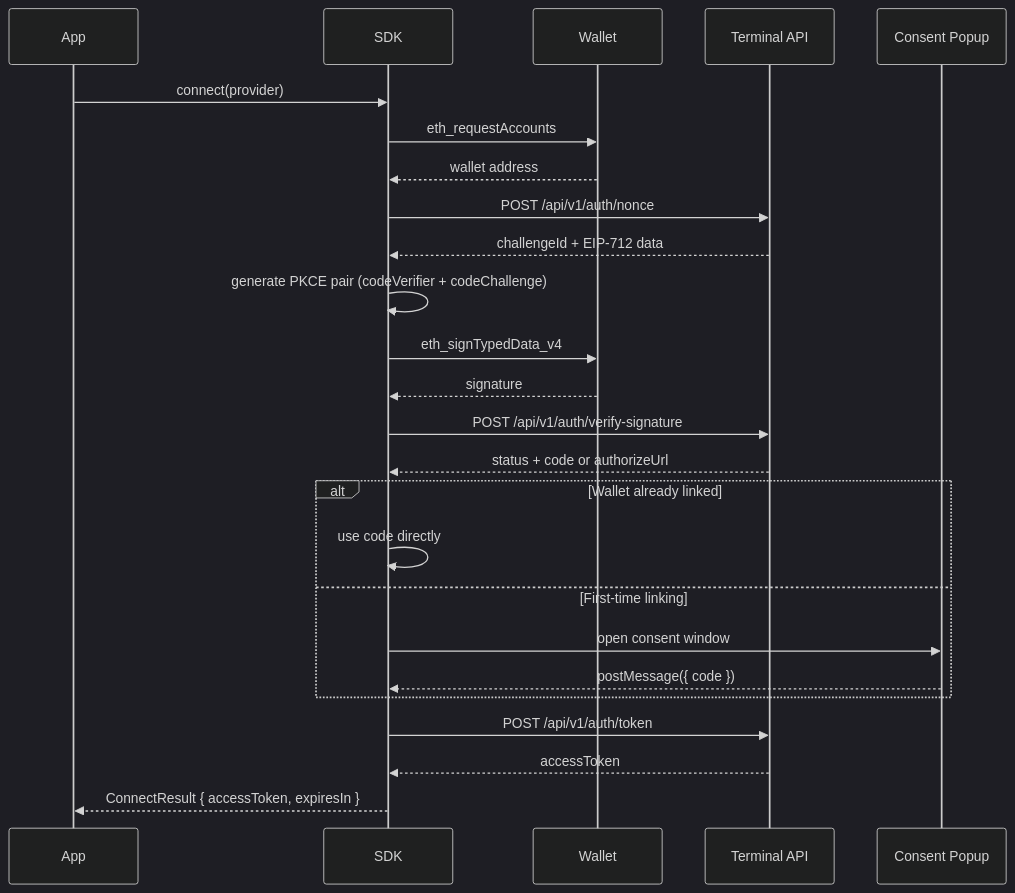
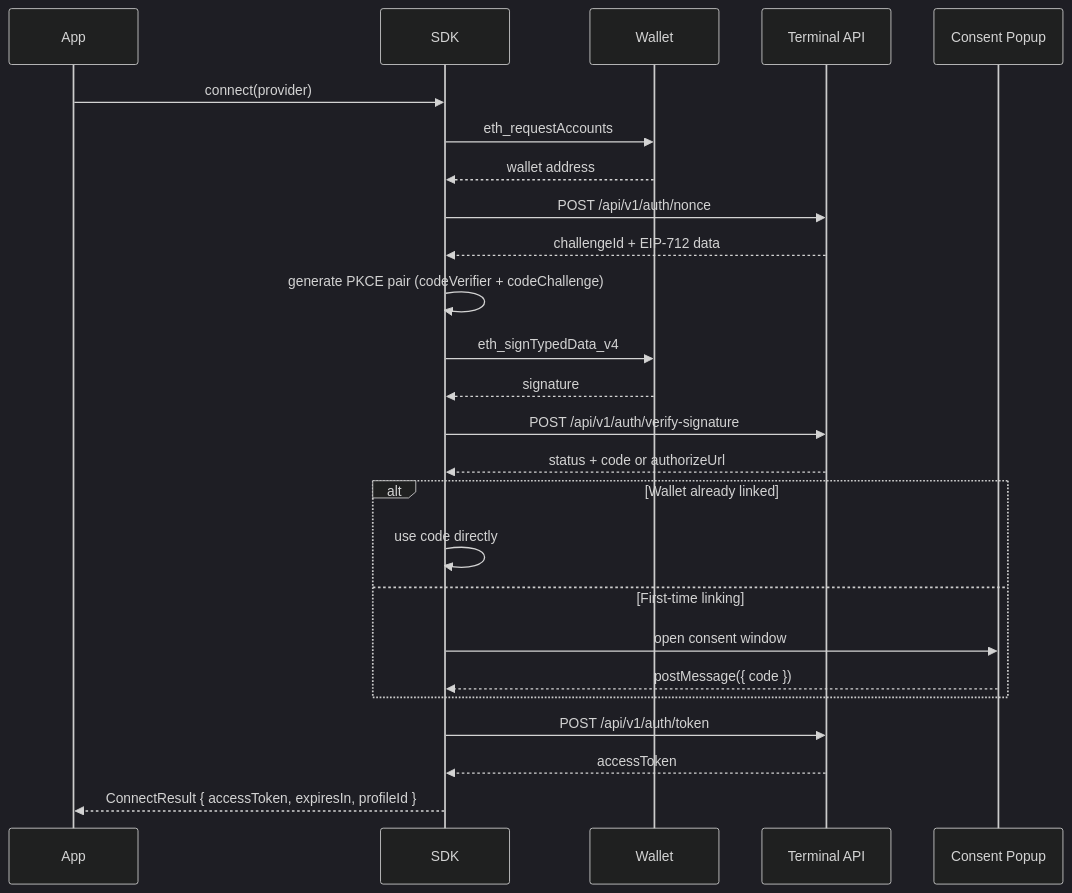
The diagram in docs/guides/authentication-flow.md (megaeth-labs/terminal-auth-sdk), drawn with Mermaid (dark theme) before and after one commit. The commit also changed other lines of this file and 7 other files, not shown here.

````diff
--- a/docs/guides/authentication-flow.md
+++ b/docs/guides/authentication-flow.md
@@ -7,35 +7,35 @@
 ```mermaid
 sequenceDiagram
     participant App
     participant SDK
     participant Wallet
     participant API as Terminal API
     participant Popup as Consent Popup
 
     App->>SDK: connect(provider)
     SDK->>Wallet: eth_requestAccounts
     Wallet-->>SDK: wallet address
 
     SDK->>API: POST /api/v1/auth/nonce
     API-->>SDK: challengeId + EIP-712 data
 
     SDK->>SDK: generate PKCE pair (codeVerifier + codeChallenge)
 
     SDK->>Wallet: eth_signTypedData_v4
     Wallet-->>SDK: signature
 
     SDK->>API: POST /api/v1/auth/verify-signature
     API-->>SDK: status + code or authorizeUrl
 
     alt Wallet already linked
         SDK->>SDK: use code directly
     else First-time linking
         SDK->>Popup: open consent window
         Popup-->>SDK: postMessage({ code })
     end
 
     SDK->>API: POST /api/v1/auth/token
     API-->>SDK: accessToken
 
-    SDK-->>App: ConnectResult { accessToken, expiresIn }
+    SDK-->>App: ConnectResult { accessToken, expiresIn, profileId }
 ```
````
